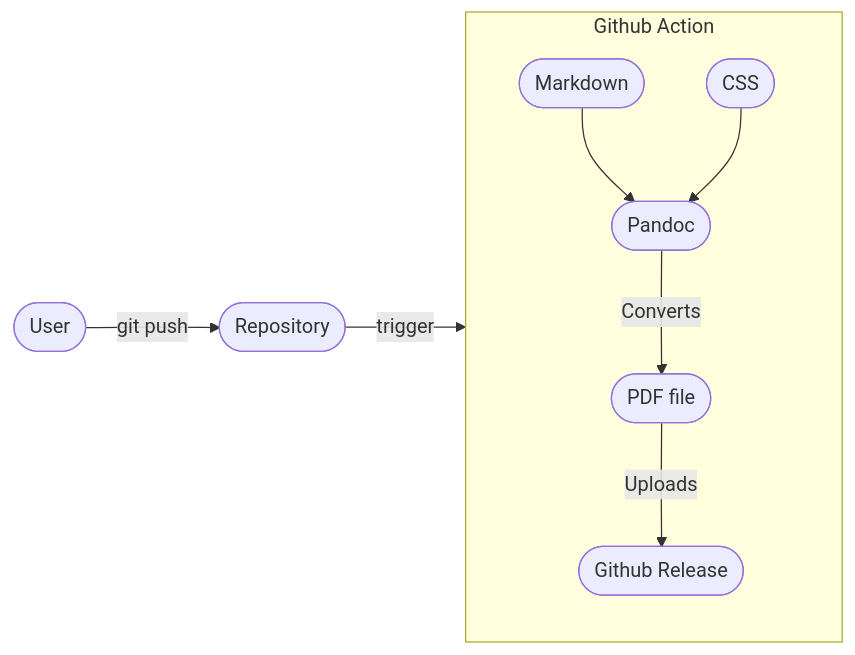
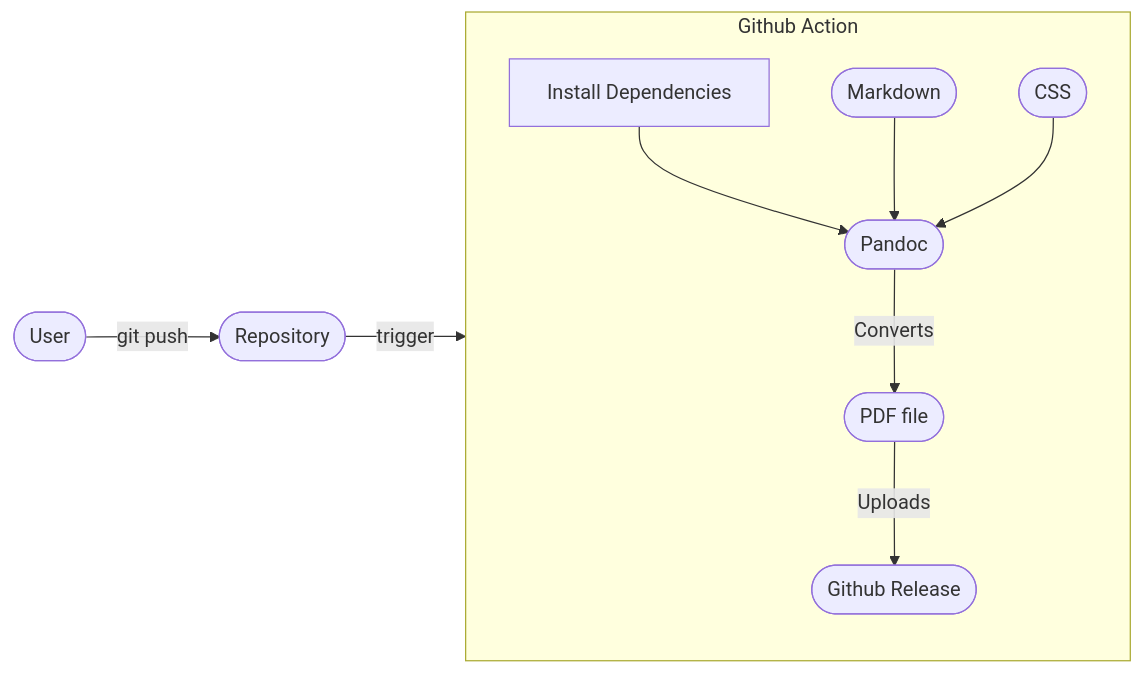
The diagram in content/blog/cicd-your-resume/index.md (ShaharNaveh/ShaharNaveh.github.io), drawn with Mermaid before and after one commit.

````diff
--- a/content/blog/cicd-your-resume/index.md
+++ b/content/blog/cicd-your-resume/index.md
@@ -17,18 +17,20 @@
 ```mermaid
 flowchart LR
   user([User])
   repository([Repository])
   action([Github Action])
+  dependencies["Install Dependencies"]
   pandoc([Pandoc])
   markdown([Markdown])
   css([CSS])
   pdf([PDF file])
   release([Github Release])
   user-- git push -->repository
   repository-- trigger -->action
   subgraph action [Github Action]
+    dependencies --> pandoc
     markdown & css --> pandoc
     pandoc-- Converts -->pdf
     pdf-- Uploads -->release
   end
 ```
````
